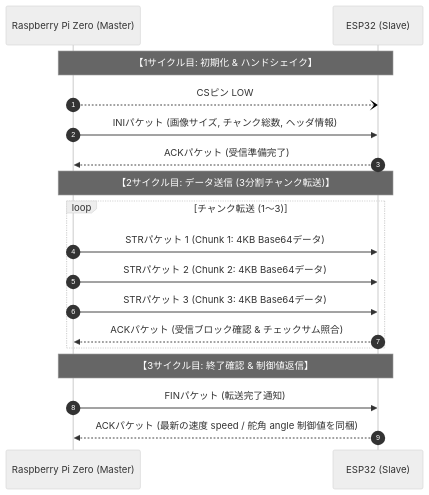
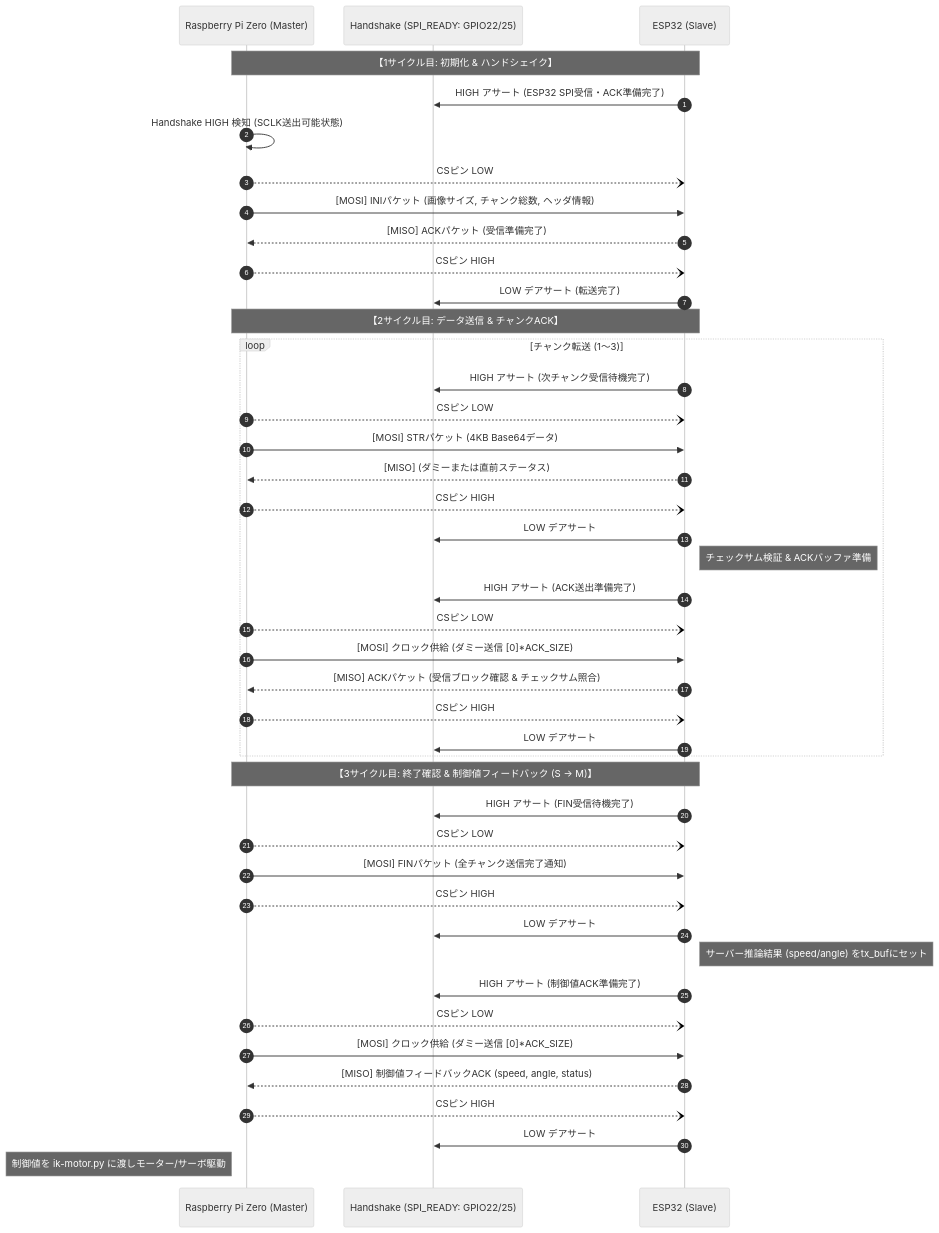
One commit to Hita-haru/ai-car changed the third of 3 diagrams in ai-car-summary.md. Above: the diagram before and after it, drawn with Mermaid (neutral theme). The commit also changed other lines of this file and 2 other files, not shown here.

Commit message:
Updated GPIO pin table

````diff
--- a/ai-car-summary.md
+++ b/ai-car-summary.md
@@ -294,23 +342,50 @@
 ```mermaid
 sequenceDiagram
     autonumber
     participant M as Raspberry Pi Zero (Master)
+    participant HS as Handshake (SPI_READY: GPIO22/25)
     participant S as ESP32 (Slave)
 
     Note over M, S: 【1サイクル目: 初期化 & ハンドシェイク】
+    S ->> HS: HIGH アサート (ESP32 SPI受信・ACK準備完了)
+    M ->> M: Handshake HIGH 検知 (SCLK送出可能状態)
     M --) S: CSピン LOW
-    M ->> S: INIパケット (画像サイズ, チャンク総数, ヘッダ情報)
-    S -->> M: ACKパケット (受信準備完了)
+    M ->> S: [MOSI] INIパケット (画像サイズ, チャンク総数, ヘッダ情報)
+    S -->> M: [MISO] ACKパケット (受信準備完了)
+    M --) S: CSピン HIGH
+    S ->> HS: LOW デアサート (転送完了)
 
-    Note over M, S: 【2サイクル目: データ送信 (3分割チャンク転送)】
+    Note over M, S: 【2サイクル目: データ送信 & チャンクACK】
     loop チャンク転送 (1〜3)
-        M ->> S: STRパケット 1 (Chunk 1: 4KB Base64データ)
-        M ->> S: STRパケット 2 (Chunk 2: 4KB Base64データ)
-        M ->> S: STRパケット 3 (Chunk 3: 4KB Base64データ)
-        S -->> M: ACKパケット (受信ブロック確認 & チェックサム照合)
+        S ->> HS: HIGH アサート (次チャンク受信待機完了)
+        M --) S: CSピン LOW
+        M ->> S: [MOSI] STRパケット (4KB Base64データ)
+        S -->> M: [MISO] (ダミーまたは直前ステータス)
+        M --) S: CSピン HIGH
+        S ->> HS: LOW デアサート
+        
+        Note right of S: チェックサム検証 & ACKバッファ準備
+        S ->> HS: HIGH アサート (ACK送出準備完了)
+        M --) S: CSピン LOW
+        M ->> S: [MOSI] クロック供給 (ダミー送信 [0]*ACK_SIZE)
+        S -->> M: [MISO] ACKパケット (受信ブロック確認 & チェックサム照合)
+        M --) S: CSピン HIGH
+        S ->> HS: LOW デアサート
     end
 
-    Note over M, S: 【3サイクル目: 終了確認 & 制御値返信】
-    M ->> S: FINパケット (転送完了通知)
-    S -->> M: ACKパケット (最新の速度 speed / 舵角 angle 制御値を同梱)
+    Note over M, S: 【3サイクル目: 終了確認 & 制御値フィードバック (S → M)】
+    S ->> HS: HIGH アサート (FIN受信待機完了)
+    M --) S: CSピン LOW
+    M ->> S: [MOSI] FINパケット (全チャンク送信完了通知)
+    M --) S: CSピン HIGH
+    S ->> HS: LOW デアサート
+    
+    Note right of S: サーバー推論結果 (speed/angle) をtx_bufにセット
+    S ->> HS: HIGH アサート (制御値ACK準備完了)
+    M --) S: CSピン LOW
+    M ->> S: [MOSI] クロック供給 (ダミー送信 [0]*ACK_SIZE)
+    S -->> M: [MISO] 制御値フィードバックACK (speed, angle, status)
+    M --) S: CSピン HIGH
+    S ->> HS: LOW デアサート
+    Note left of M: 制御値を ik-motor.py に渡しモーター/サーボ駆動
 ```
````
